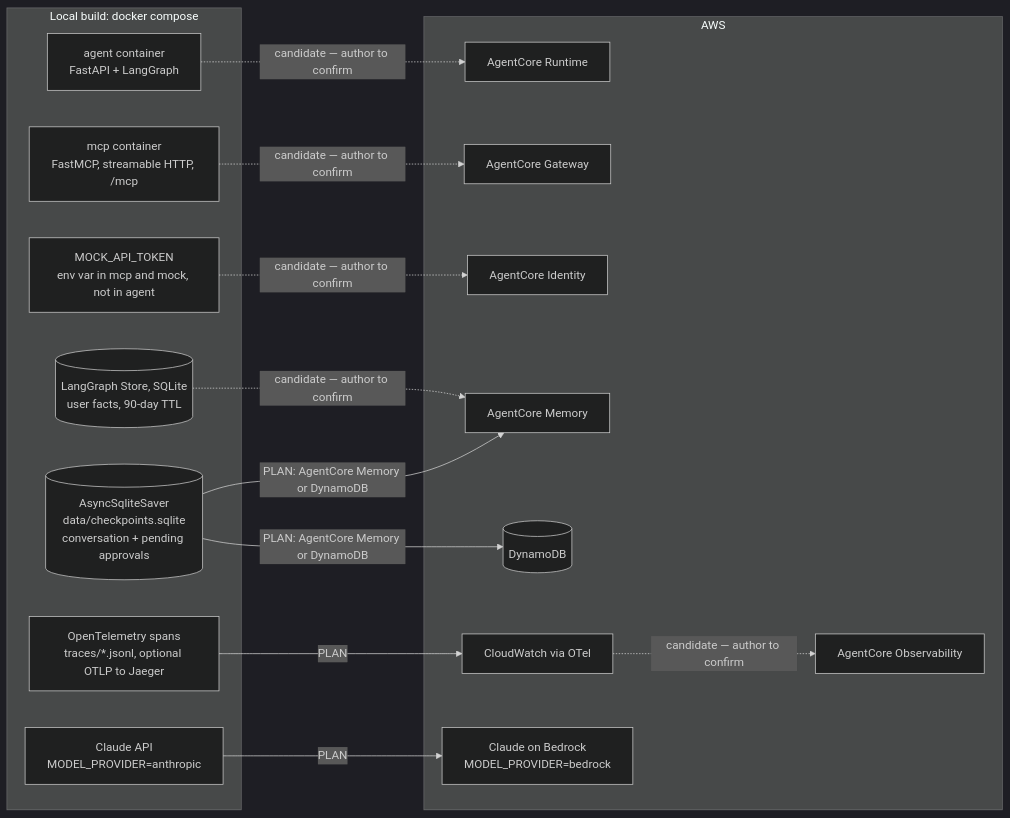
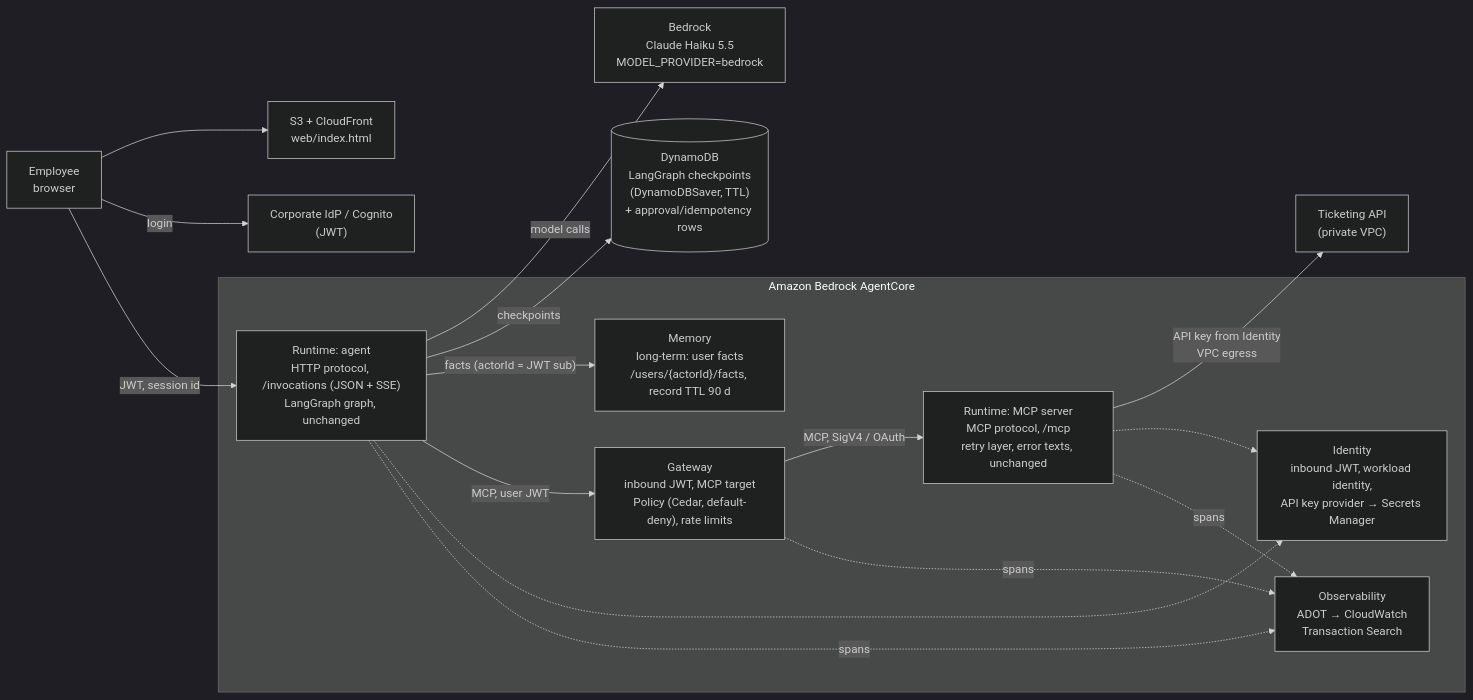
The diagram in AGENTCORE.md (velychkovych/new-page-solutions-task), drawn with Mermaid (dark theme) before and after one commit. The commit also changed other lines of this file and 1 other file, not shown here.

Commit message:
docs: write the README and AgentCore design

````diff
--- a/AGENTCORE.md
+++ b/AGENTCORE.md
@@ -39,34 +19,34 @@
 ```mermaid
 flowchart LR
-  subgraph local_build["Local build: docker compose"]
-    l_agent["agent container<br/>FastAPI + LangGraph"]
-    l_mcp["mcp container<br/>FastMCP, streamable HTTP, /mcp"]
-    l_token["MOCK_API_TOKEN<br/>env var in mcp and mock, not in agent"]
-    l_ckpt[("AsyncSqliteSaver<br/>data/checkpoints.sqlite<br/>conversation + pending approvals")]
-    l_store[("LangGraph Store, SQLite<br/>user facts, 90-day TTL")]
-    l_traces["OpenTelemetry spans<br/>traces/*.jsonl, optional OTLP to Jaeger"]
-    l_model["Claude API<br/>MODEL_PROVIDER=anthropic"]
+  user["Employee<br/>browser"]
+  idp["Corporate IdP / Cognito<br/>(JWT)"]
+  web["S3 + CloudFront<br/>web/index.html"]
+
+  subgraph agentcore["Amazon Bedrock AgentCore"]
+    rt_agent["Runtime: agent<br/>HTTP protocol, /invocations (JSON + SSE)<br/>LangGraph graph, unchanged"]
+    gw["Gateway<br/>inbound JWT, MCP target<br/>Policy (Cedar, default-deny), rate limits"]
+    rt_mcp["Runtime: MCP server<br/>MCP protocol, /mcp<br/>retry layer, error texts, unchanged"]
+    ident["Identity<br/>inbound JWT, workload identity,<br/>API key provider → Secrets Manager"]
+    mem["Memory<br/>long-term: user facts<br/>/users/{actorId}/facts, record TTL 90 d"]
+    obs["Observability<br/>ADOT → CloudWatch<br/>Transaction Search"]
   end
 
-  subgraph aws["AWS"]
-    ac_runtime["AgentCore Runtime"]
-    ac_gateway["AgentCore Gateway"]
-    ac_identity["AgentCore Identity"]
-    ac_memory["AgentCore Memory"]
-    ac_obs["AgentCore Observability"]
-    ddb[("DynamoDB")]
-    cloudwatch["CloudWatch via OTel"]
-    bedrock["Claude on Bedrock<br/>MODEL_PROVIDER=bedrock"]
-  end
+  ddb[("DynamoDB<br/>LangGraph checkpoints<br/>(DynamoDBSaver, TTL)<br/>+ approval/idempotency rows")]
+  bedrock["Bedrock<br/>Claude Haiku 5.5<br/>MODEL_PROVIDER=bedrock"]
+  ticketing["Ticketing API<br/>(private VPC)"]
 
-  l_ckpt -->|"PLAN: AgentCore Memory or DynamoDB"| ac_memory
-  l_ckpt -->|"PLAN: AgentCore Memory or DynamoDB"| ddb
-  l_traces -->|"PLAN"| cloudwatch
-  l_model -->|"PLAN"| bedrock
-
-  l_agent -.->|"candidate — author to confirm"| ac_runtime
-  l_mcp -.->|"candidate — author to confirm"| ac_gateway
-  l_token -.->|"candidate — author to confirm"| ac_identity
-  l_store -.->|"candidate — author to confirm"| ac_memory
-  cloudwatch -.->|"candidate — author to confirm"| ac_obs
+  user --> web
+  user -->|"login"| idp
+  user -->|"JWT, session id"| rt_agent
+  rt_agent -->|"model calls"| bedrock
+  rt_agent -->|"checkpoints"| ddb
+  rt_agent -->|"facts (actorId = JWT sub)"| mem
+  rt_agent -->|"MCP, user JWT"| gw
+  gw -->|"MCP, SigV4 / OAuth"| rt_mcp
+  rt_mcp -->|"API key from Identity<br/>VPC egress"| ticketing
+  rt_mcp -.-> ident
+  rt_agent -.-> ident
+  rt_agent -.->|"spans"| obs
+  gw -.->|"spans"| obs
+  rt_mcp -.->|"spans"| obs
 ```
````
